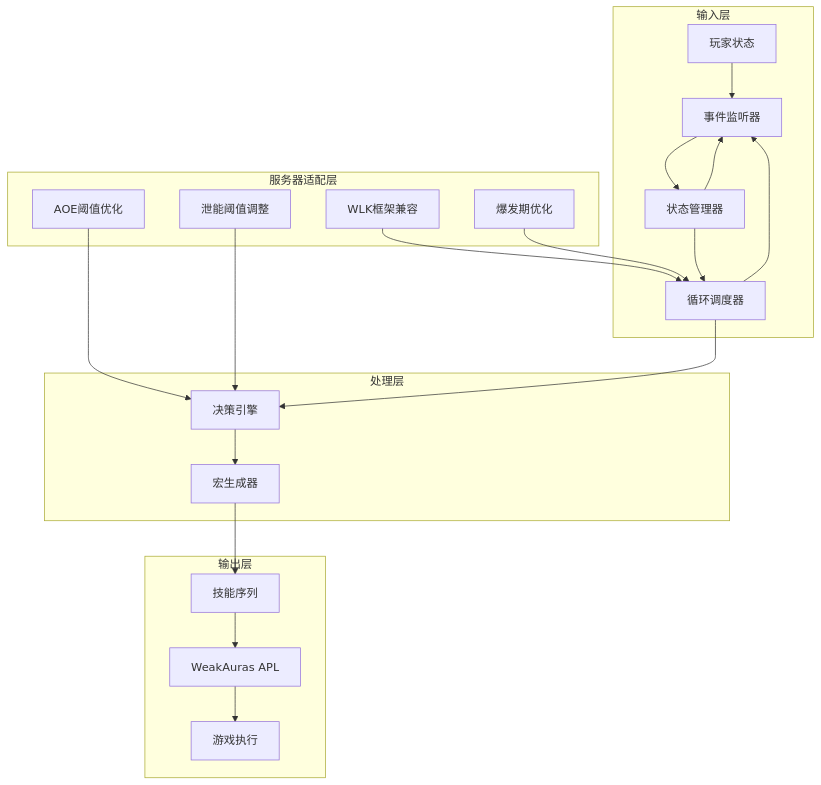
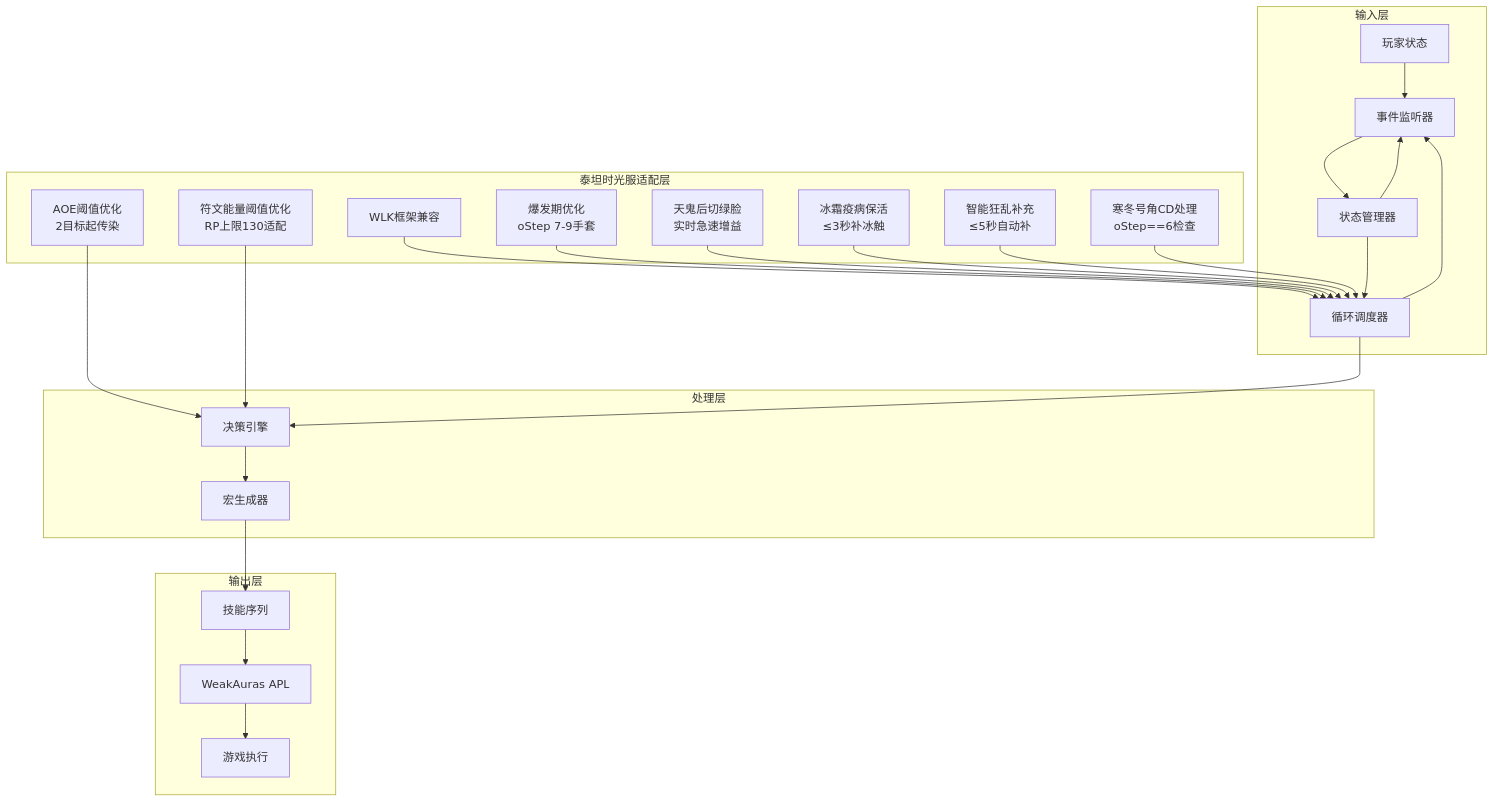
The third of 12 diagrams in .qoder/repowiki/zh/content/服务器适配说明.md (q89277718/WOW-For-MRF), drawn with Mermaid before and after one commit. The commit also changed other lines of this file and 61 other files, not shown here.

````diff
--- a/.qoder/repowiki/zh/content/服务器适配说明.md
+++ b/.qoder/repowiki/zh/content/服务器适配说明.md
@@ -102,25 +128,29 @@
 ```mermaid
 graph TB
 subgraph "输入层"
 A[玩家状态] --> B[事件监听器]
 C[环境参数] --> B
 D[配置选项] --> B
 end
 subgraph "处理层"
 B --> C[状态管理器]
 C --> D[循环调度器]
 D --> E[决策引擎]
 E --> F[宏生成器]
 end
 subgraph "输出层"
 F --> G[技能序列]
 G --> H[WeakAuras APL]
 H --> I[游戏执行]
 end
-subgraph "服务器适配层"
-J[AOE阈值优化] --> E
-K[泄能阈值调整] --> E
+subgraph "泰坦时光服适配层"
+J[AOE阈值优化<br/>2目标起传染] --> E
+K[符文能量阈值优化<br/>RP上限130适配] --> E
 L[WLK框架兼容] --> D
-M[爆发期优化] --> D
+M[爆发期优化<br/>oStep 7-9手套] --> D
+N[天鬼后切绿脸<br/>实时急速增益] --> D
+O[冰霜疫病保活<br/>≤3秒补冰触] --> D
+P[智能狂乱补充<br/>≤5秒自动补] --> D
+Q[寒冬号角CD处理<br/>oStep==6检查] --> D
 end
 ```
````
